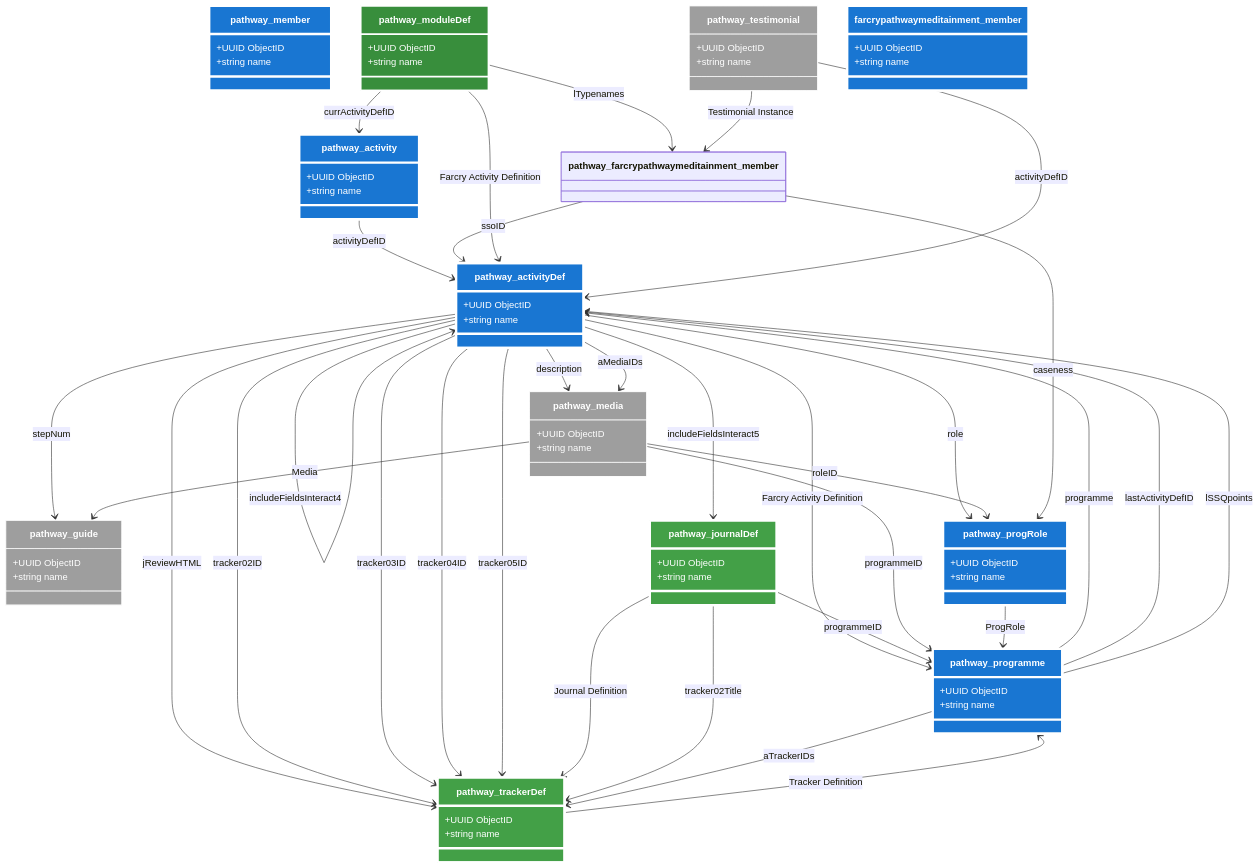
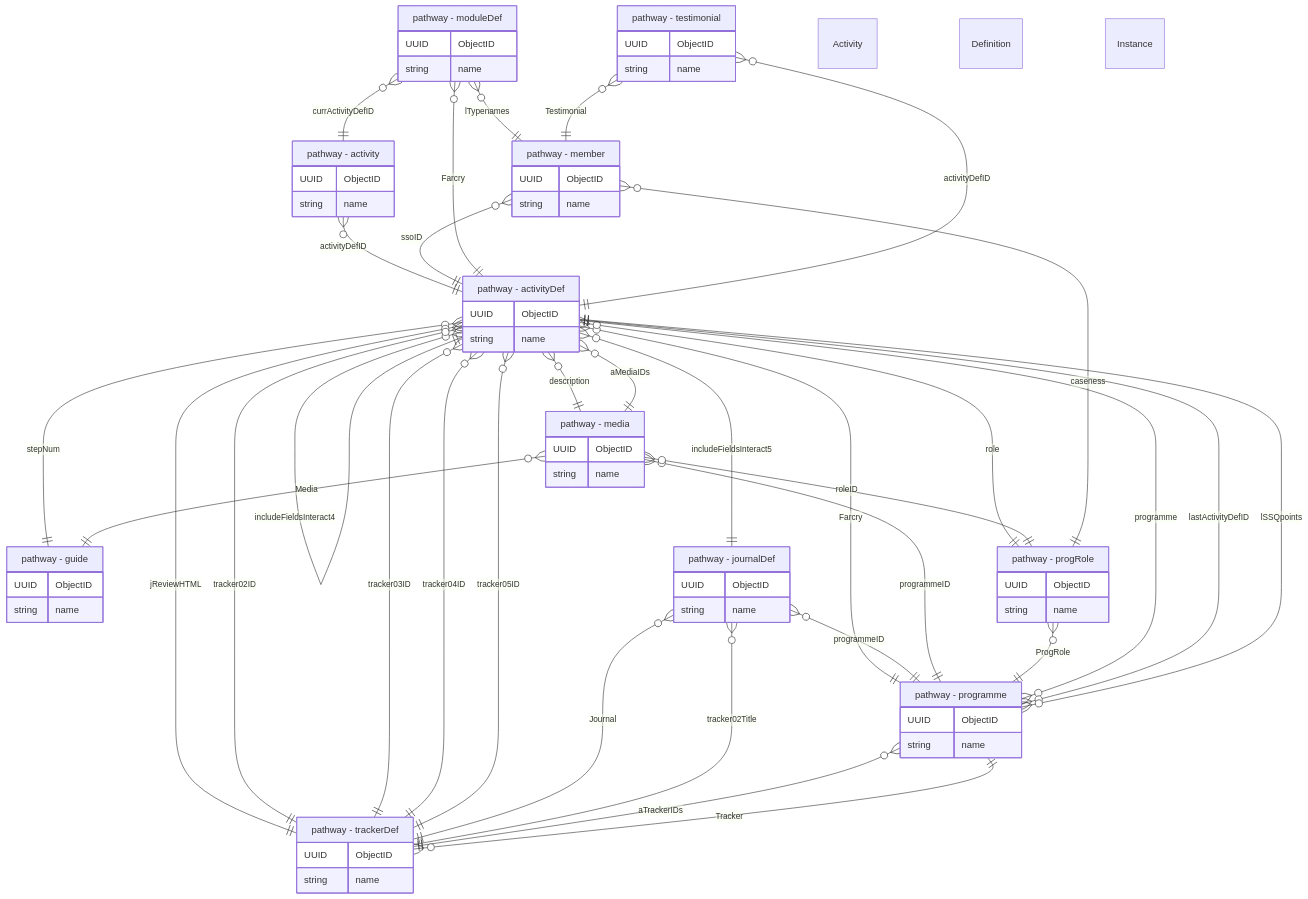
Before and after one commit to wellmindhealth/FKmermaid: the diagram in exports/plugins_full_erd.mmd, drawn with Mermaid. The commit also changed 8 other files, not shown here.

Commit message:
MAJOR MILESTONE: Fully functional ER diagram generator with Mermaid support - dual diagram types, CFC scanning, config-driven filtering, styling system, and production-ready architecture

```diff
--- a/exports/plugins_full_erd.mmd
+++ b/exports/plugins_full_erd.mmd
@@ -1,113 +1,107 @@
-classDiagram
-    class pathway_activity {
-        +UUID ObjectID
-        +string name
+erDiagram
+    "pathway - activity" {
+        UUID ObjectID
+        string name
     }
 
-    class pathway_activityDef {
-        +UUID ObjectID
-        +string name
+    "pathway - activityDef" {
+        UUID ObjectID
+        string name
     }
 
-    class pathway_guide {
-        +UUID ObjectID
-        +string name
+    "pathway - guide" {
+        UUID ObjectID
+        string name
     }
 
-    class pathway_journalDef {
-        +UUID ObjectID
-        +string name
+    "pathway - journalDef" {
+        UUID ObjectID
+        string name
     }
 
-    class pathway_media {
-        +UUID ObjectID
-        +string name
+    "pathway - media" {
+        UUID ObjectID
+        string name
     }
 
-    class pathway_member {
-        +UUID ObjectID
-        +string name
+    "pathway - member" {
+        UUID ObjectID
+        string name
     }
 
-    class pathway_moduleDef {
-        +UUID ObjectID
-        +string name
+    "pathway - moduleDef" {
+        UUID ObjectID
+        string name
     }
 
-    class pathway_programme {
-        +UUID ObjectID
-        +string name
+    "pathway - programme" {
+        UUID ObjectID
+        string name
     }
 
-    class pathway_progRole {
-        +UUID ObjectID
-        +string name
+    "pathway - progRole" {
+        UUID ObjectID
+        string name
     }
 
-    class pathway_testimonial {
-        +UUID ObjectID
-        +string name
+    "pathway - testimonial" {
+        UUID ObjectID
+        string name
     }
 
-    class pathway_trackerDef {
-        +UUID ObjectID
-        +string name
+    "pathway - trackerDef" {
+        UUID ObjectID
+        string name
     }
 
-    class farcrypathwaymeditainment_member {
-        +UUID ObjectID
-        +string name
-    }
-
-    pathway_activity --> pathway_activityDef : activityDefID
-    pathway_activityDef --> pathway_programme : Farcry Activity Definition
-    pathway_activityDef --> pathway_guide : stepNum
-    pathway_activityDef --> pathway_progRole : role
-    pathway_activityDef --> pathway_activityDef : onEndID
-    pathway_activityDef --> pathway_media : description
-    pathway_activityDef --> pathway_activityDef : aCuePointActivities
-    pathway_activityDef --> pathway_media : aMediaIDs
-    pathway_activityDef --> pathway_activityDef : releaseMedia
-    pathway_activityDef --> pathway_activityDef : includeFieldsInteract1
-    pathway_activityDef --> pathway_activityDef : includeFieldsInteract2
-    pathway_activityDef --> pathway_activityDef : includeFieldsInteract3
-    pathway_activityDef --> pathway_activityDef : includeFieldsInteract4
-    pathway_activityDef --> pathway_journalDef : includeFieldsInteract5
-    pathway_activityDef --> pathway_trackerDef : jReviewHTML
-    pathway_activityDef --> pathway_trackerDef : tracker02ID
-    pathway_activityDef --> pathway_trackerDef : tracker03ID
-    pathway_activityDef --> pathway_trackerDef : tracker04ID
-    pathway_activityDef --> pathway_trackerDef : tracker05ID
-    pathway_journalDef --> pathway_trackerDef : Journal Definition
-    pathway_journalDef --> pathway_trackerDef : tracker02Title
-    pathway_journalDef --> pathway_programme : programmeID
-    pathway_media --> pathway_guide : Media
-    pathway_media --> pathway_programme : programmeID
-    pathway_media --> pathway_progRole : roleID
-    pathway_farcrypathwaymeditainment_member --> pathway_activityDef : ssoID
-    pathway_farcrypathwaymeditainment_member --> pathway_progRole : caseness
-    pathway_moduleDef --> pathway_activityDef : Farcry Activity Definition
-    pathway_moduleDef --> pathway_farcrypathwaymeditainment_member : lTypenames
-    pathway_moduleDef --> pathway_activity : currActivityDefID
-    pathway_programme --> pathway_activityDef : programme
-    pathway_programme --> pathway_activityDef : lastActivityDefID
-    pathway_programme --> pathway_activityDef : lSSQpoints
-    pathway_programme --> pathway_trackerDef : aTrackerIDs
-    pathway_progRole --> pathway_programme : ProgRole
-    pathway_testimonial --> pathway_farcrypathwaymeditainment_member : Testimonial Instance
-    pathway_testimonial --> pathway_activityDef : activityDefID
-    pathway_trackerDef --> pathway_programme : Tracker Definition
+    "pathway - activity" }o--|| "pathway - activityDef" : activityDefID
+    "pathway - activityDef" }o--|| "pathway - programme" : Farcry Activity Definition
+    "pathway - activityDef" }o--|| "pathway - guide" : stepNum
+    "pathway - activityDef" }o--|| "pathway - progRole" : role
+    "pathway - activityDef" }o--|| "pathway - activityDef" : onEndID
+    "pathway - activityDef" }o--|| "pathway - media" : description
+    "pathway - activityDef" }o--|| "pathway - activityDef" : aCuePointActivities
+    "pathway - activityDef" }o--|| "pathway - media" : aMediaIDs
+    "pathway - activityDef" }o--|| "pathway - activityDef" : releaseMedia
+    "pathway - activityDef" }o--|| "pathway - activityDef" : includeFieldsInteract1
+    "pathway - activityDef" }o--|| "pathway - activityDef" : includeFieldsInteract2
+    "pathway - activityDef" }o--|| "pathway - activityDef" : includeFieldsInteract3
+    "pathway - activityDef" }o--|| "pathway - activityDef" : includeFieldsInteract4
+    "pathway - activityDef" }o--|| "pathway - journalDef" : includeFieldsInteract5
+    "pathway - activityDef" }o--|| "pathway - trackerDef" : jReviewHTML
+    "pathway - activityDef" }o--|| "pathway - trackerDef" : tracker02ID
+    "pathway - activityDef" }o--|| "pathway - trackerDef" : tracker03ID
+    "pathway - activityDef" }o--|| "pathway - trackerDef" : tracker04ID
+    "pathway - activityDef" }o--|| "pathway - trackerDef" : tracker05ID
+    "pathway - journalDef" }o--|| "pathway - trackerDef" : Journal Definition
+    "pathway - journalDef" }o--|| "pathway - trackerDef" : tracker02Title
+    "pathway - journalDef" }o--|| "pathway - programme" : programmeID
+    "pathway - media" }o--|| "pathway - guide" : Media
+    "pathway - media" }o--|| "pathway - programme" : programmeID
+    "pathway - media" }o--|| "pathway - progRole" : roleID
+    "pathway - member" }o--|| "pathway - activityDef" : ssoID
+    "pathway - member" }o--|| "pathway - progRole" : caseness
+    "pathway - moduleDef" }o--|| "pathway - activityDef" : Farcry Activity Definition
+    "pathway - moduleDef" }o--|| "pathway - member" : lTypenames
+    "pathway - moduleDef" }o--|| "pathway - activity" : currActivityDefID
+    "pathway - programme" }o--|| "pathway - activityDef" : programme
+    "pathway - programme" }o--|| "pathway - activityDef" : lastActivityDefID
+    "pathway - programme" }o--|| "pathway - activityDef" : lSSQpoints
+    "pathway - programme" }o--|| "pathway - trackerDef" : aTrackerIDs
+    "pathway - progRole" }o--|| "pathway - programme" : ProgRole
+    "pathway - testimonial" }o--|| "pathway - member" : Testimonial Instance
+    "pathway - testimonial" }o--|| "pathway - activityDef" : activityDefID
+    "pathway - trackerDef" }o--|| "pathway - programme" : Tracker Definition
 
     %% Entity Styling
-    style pathway_activity fill:#1976d2,stroke:#fff,stroke-width:4px,color:#fff
-    style pathway_activityDef fill:#1976d2,stroke:#fff,stroke-width:4px,color:#fff
+    style pathway_activity fill:#9e9e9e,stroke:#fff,stroke-width:1px,color:#fff
+    style pathway_activityDef fill:#9e9e9e,stroke:#fff,stroke-width:1px,color:#fff
     style pathway_guide fill:#9e9e9e,stroke:#fff,stroke-width:1px,color:#fff
-    style pathway_journalDef fill:#43a047,stroke:#fff,stroke-width:4px,color:#fff
+    style pathway_journalDef fill:#9e9e9e,stroke:#fff,stroke-width:1px,color:#fff
     style pathway_media fill:#9e9e9e,stroke:#fff,stroke-width:1px,color:#fff
-    style pathway_member fill:#1976d2,stroke:#fff,stroke-width:4px,color:#fff
-    style pathway_moduleDef fill:#388e3c,stroke:#fff,stroke-width:3px,color:#fff
-    style pathway_programme fill:#1976d2,stroke:#fff,stroke-width:4px,color:#fff
-    style pathway_progRole fill:#1976d2,stroke:#fff,stroke-width:4px,color:#fff
+    style pathway_member fill:#9e9e9e,stroke:#fff,stroke-width:1px,color:#fff
+    style pathway_moduleDef fill:#9e9e9e,stroke:#fff,stroke-width:1px,color:#fff
+    style pathway_programme fill:#9e9e9e,stroke:#fff,stroke-width:1px,color:#fff
+    style pathway_progRole fill:#9e9e9e,stroke:#fff,stroke-width:1px,color:#fff
     style pathway_testimonial fill:#9e9e9e,stroke:#fff,stroke-width:1px,color:#fff
-    style pathway_trackerDef fill:#43a047,stroke:#fff,stroke-width:4px,color:#fff
-    style farcrypathwaymeditainment_member fill:#1976d2,stroke:#fff,stroke-width:4px,color:#fff
+    style pathway_trackerDef fill:#9e9e9e,stroke:#fff,stroke-width:1px,color:#fff
```
